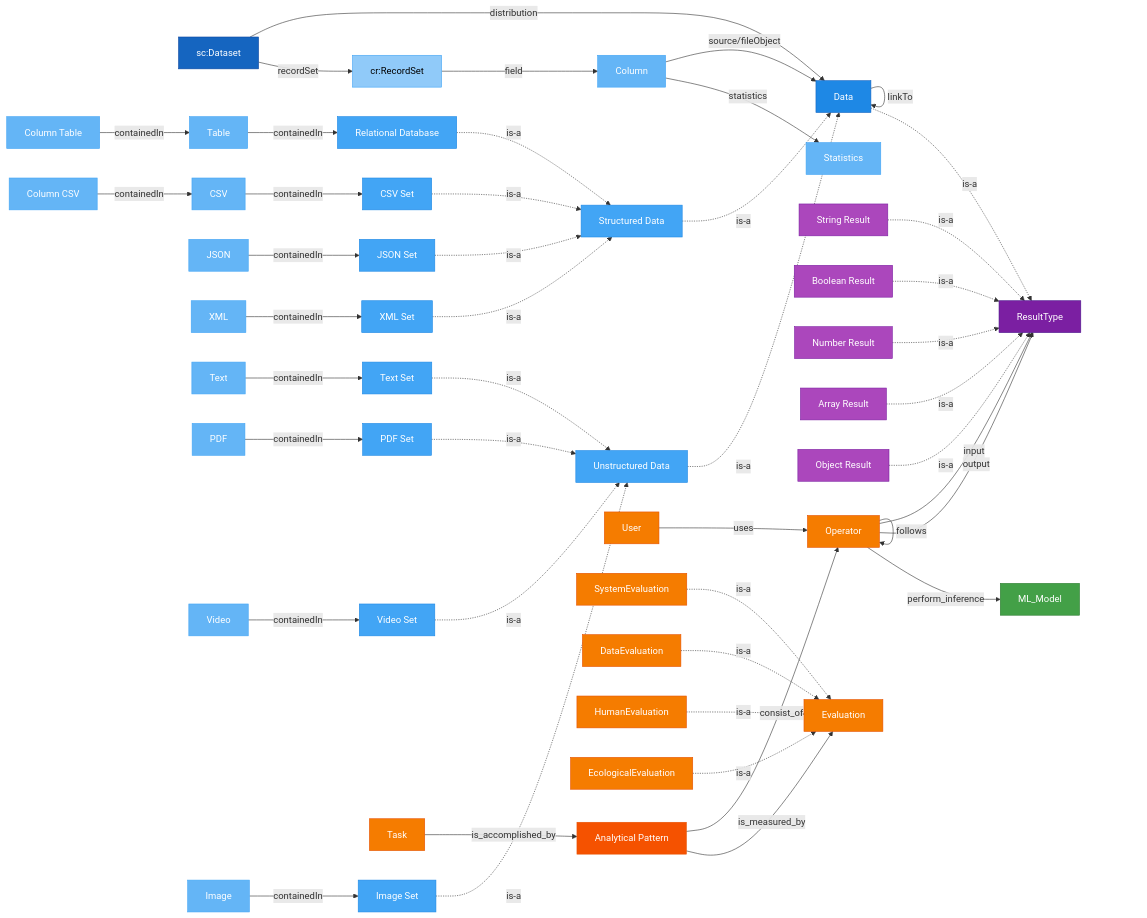
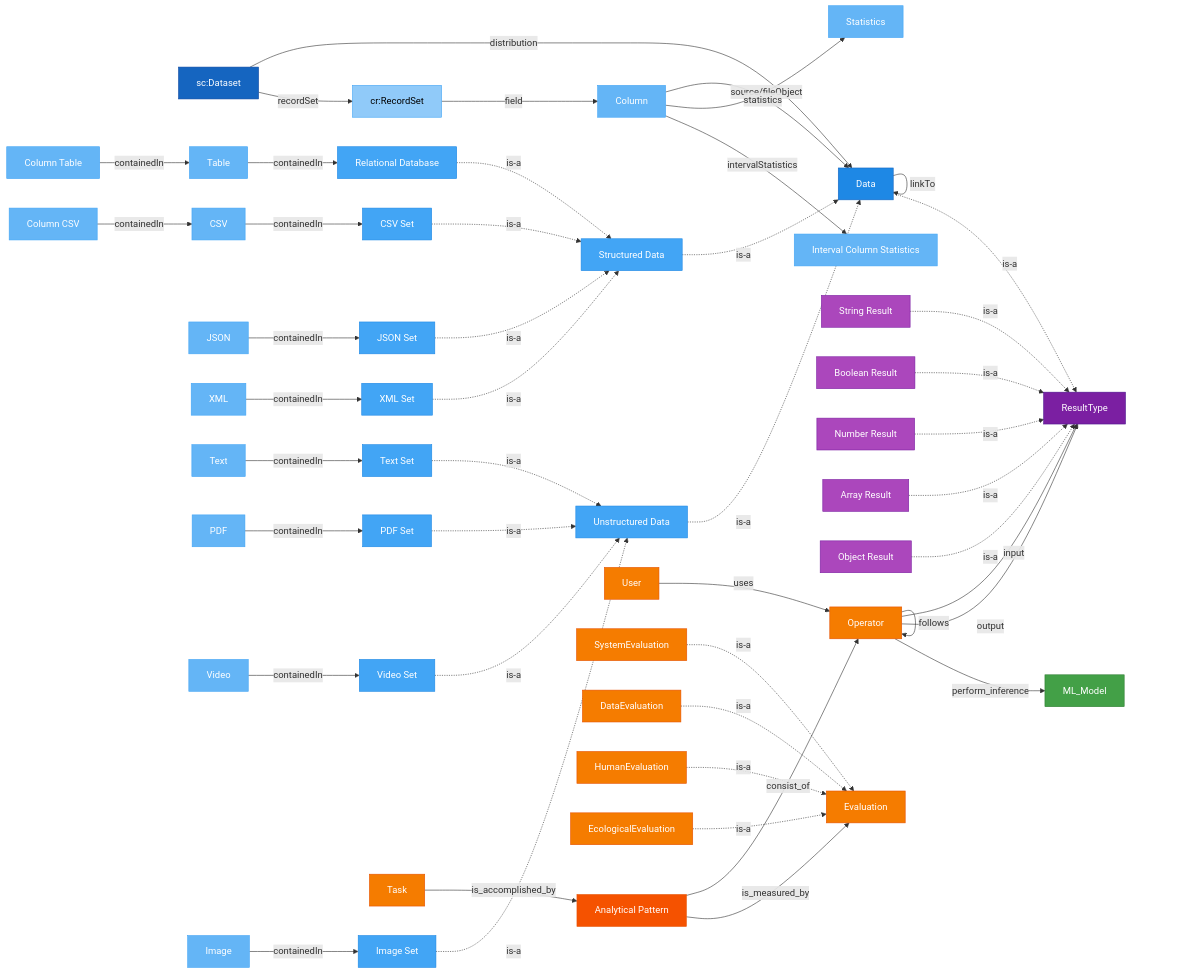
One commit to datagems-eosc/moma-management changed the diagram in README.md. Above: the diagram before and after it, drawn with Mermaid. The commit also changed other lines of this file and 53 other files, not shown here.

First line of the commit message:
feat(domain): Add new IntervalColumnStatistics Node

```diff
--- a/README.md
+++ b/README.md
@@ -81,6 +82,7 @@
   ColumnCSV["Column CSV"]:::dataLeaf
   Column:::dataLeaf
   Statistics:::dataLeaf
+  IntervalColumnStatistics["Interval Column Statistics"]:::dataLeaf
   RecordSet["cr:RecordSet"]:::record
 
   Dataset -- distribution --> Data
@@ -109,6 +111,7 @@
   RecordSet -- field --> Column
   Column -- "source/fileObject" --> Data
   Column -- statistics --> Statistics
+  Column -- intervalStatistics --> IntervalColumnStatistics
 
   %% ── ResultType subgraph ─────────────────────────────────
   ResultType:::resulttype
```
